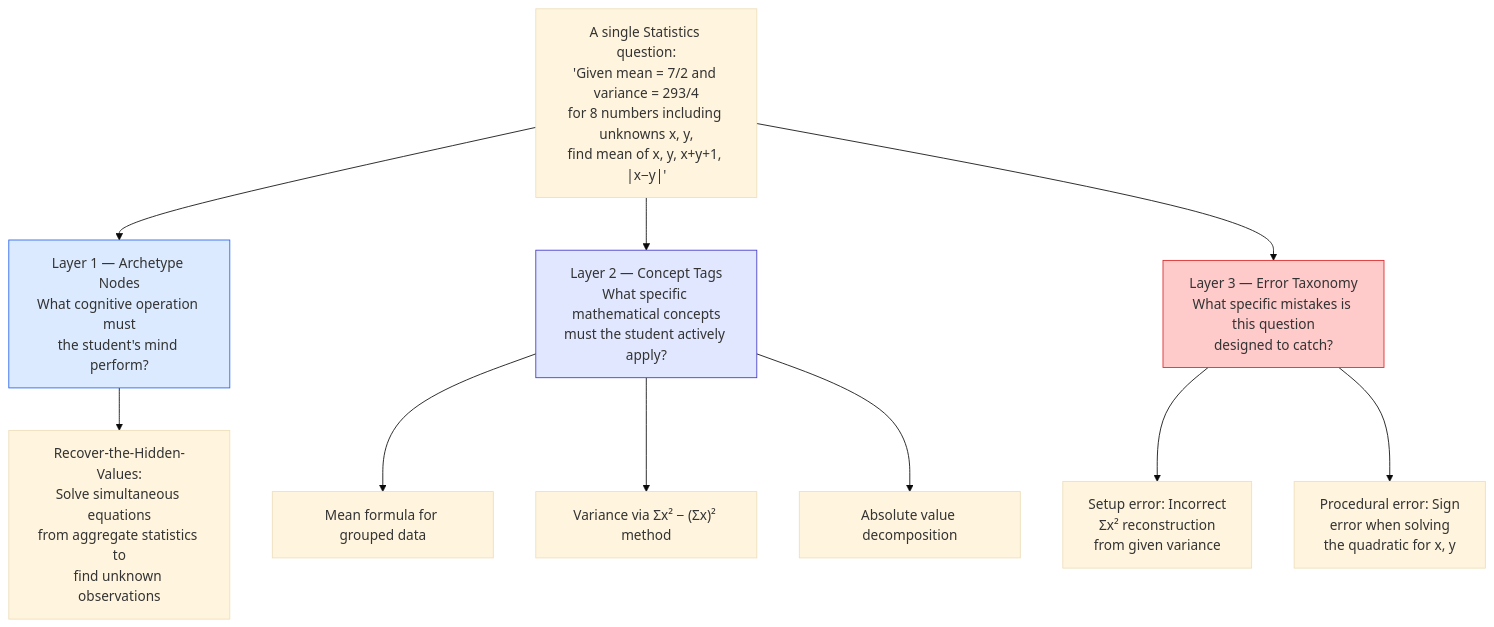
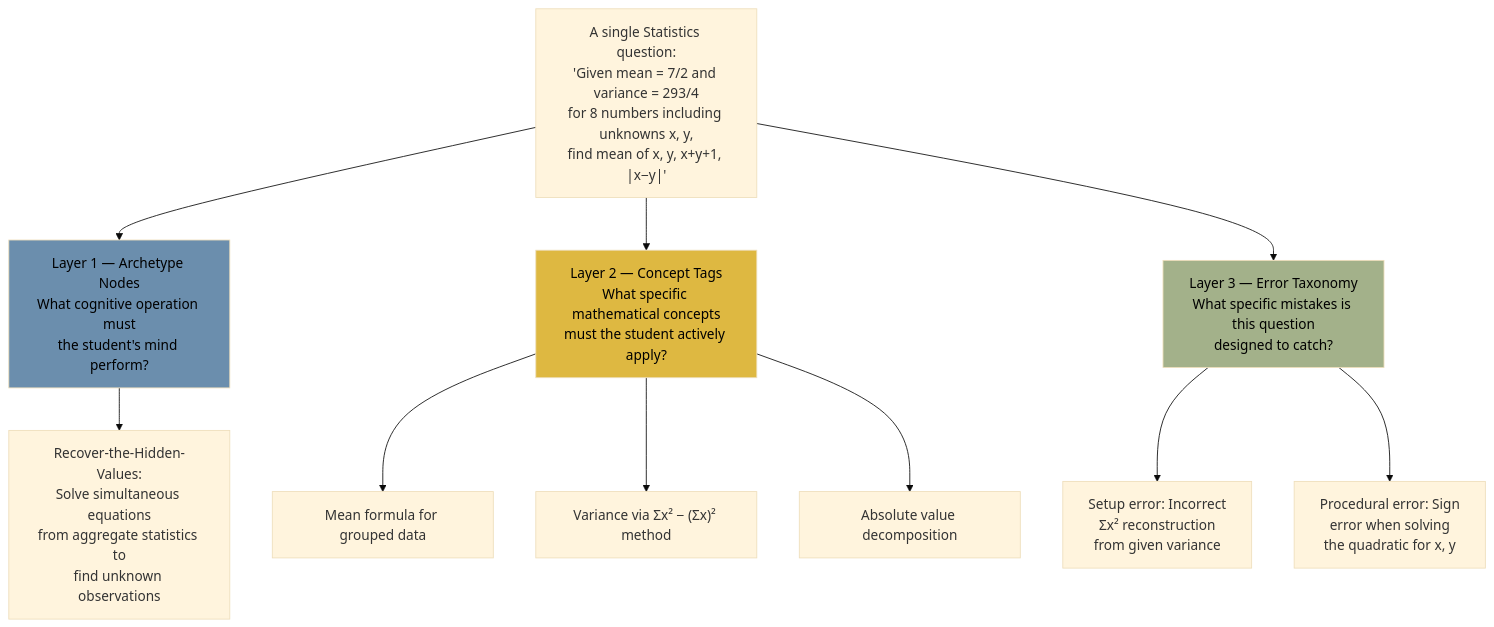
One commit to devangi-08/LECO changed the first of 7 diagrams in CASE_STUDY.md. Above: the diagram before and after it, drawn with Mermaid (base theme). The commit also changed other lines of this file, not shown here.

````diff
--- a/CASE_STUDY.md
+++ b/CASE_STUDY.md
@@ -66,21 +66,24 @@
 ```mermaid
 flowchart TD
     Q["A single Statistics question:\n'Given mean = 7/2 and variance = 293/4\nfor 8 numbers including unknowns x, y,\nfind mean of x, y, x+y+1, |x−y|'"]
 
     Q --> NODES["Layer 1 — Archetype Nodes\nWhat cognitive operation must\nthe student's mind perform?"]
     Q --> CONCEPTS["Layer 2 — Concept Tags\nWhat specific mathematical concepts\nmust the student actively apply?"]
     Q --> ERRORS["Layer 3 — Error Taxonomy\nWhat specific mistakes is this question\ndesigned to catch?"]
 
     NODES --> N1["Recover-the-Hidden-Values:\nSolve simultaneous equations\nfrom aggregate statistics to\nfind unknown observations"]
 
     CONCEPTS --> C1["Mean formula for grouped data"]
     CONCEPTS --> C2["Variance via Σx² − (Σx)² method"]
     CONCEPTS --> C3["Absolute value decomposition"]
 
     ERRORS --> E1["Setup error: Incorrect\nΣx² reconstruction\nfrom given variance"]
     ERRORS --> E2["Procedural error: Sign\nerror when solving\nthe quadratic for x, y"]
 
-    style NODES fill:#dbeafe,stroke:#2563eb
-    style CONCEPTS fill:#e0e7ff,stroke:#4338ca
-    style ERRORS fill:#fecaca,stroke:#dc2626
+    style NODES fill:#6B8EAD,color:#000000
+    style CONCEPTS fill:#DEB841,color:#000000
+    style ERRORS fill:#A3B18A,color:#000000
+
+
+
 ```
````
